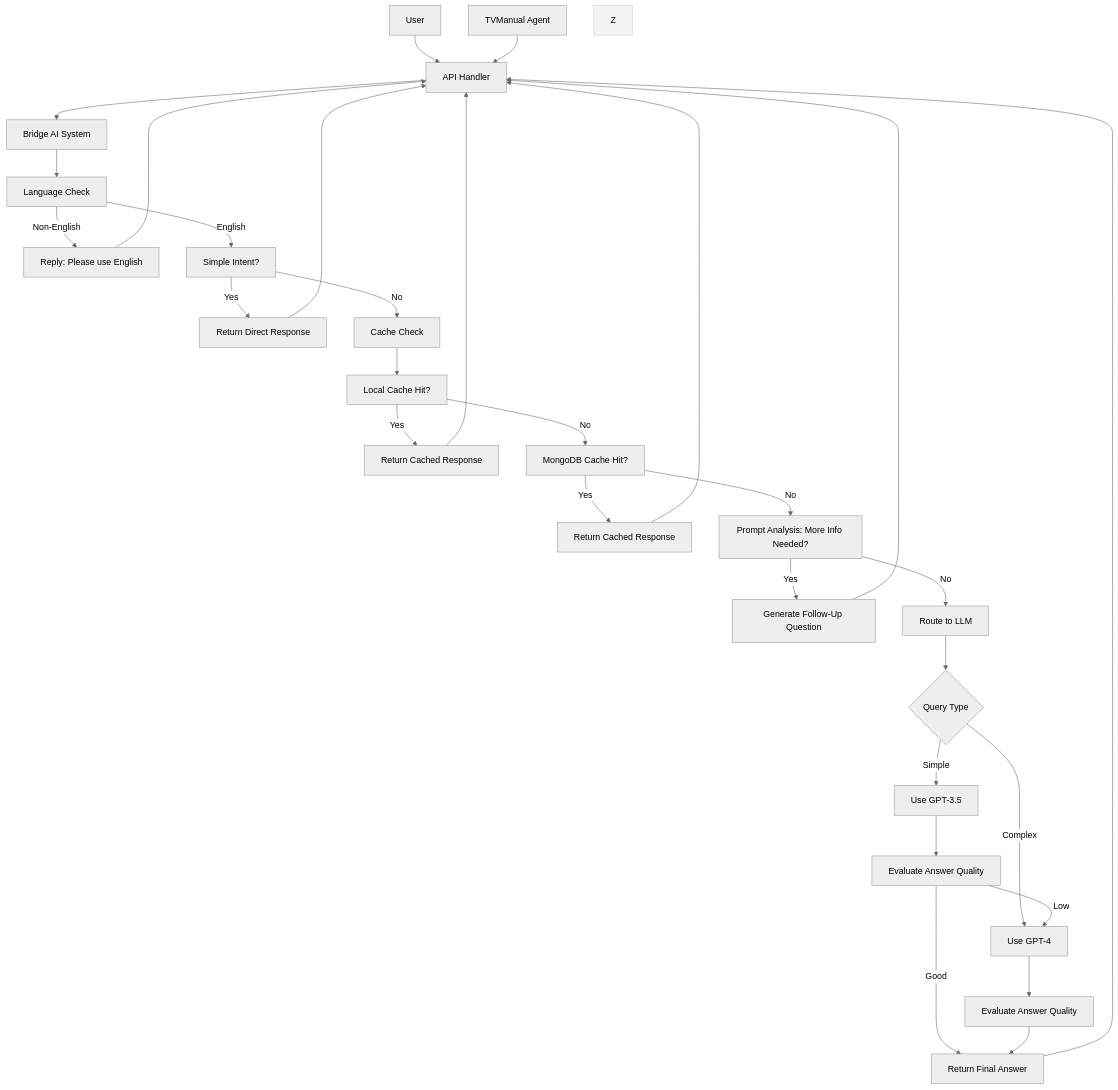
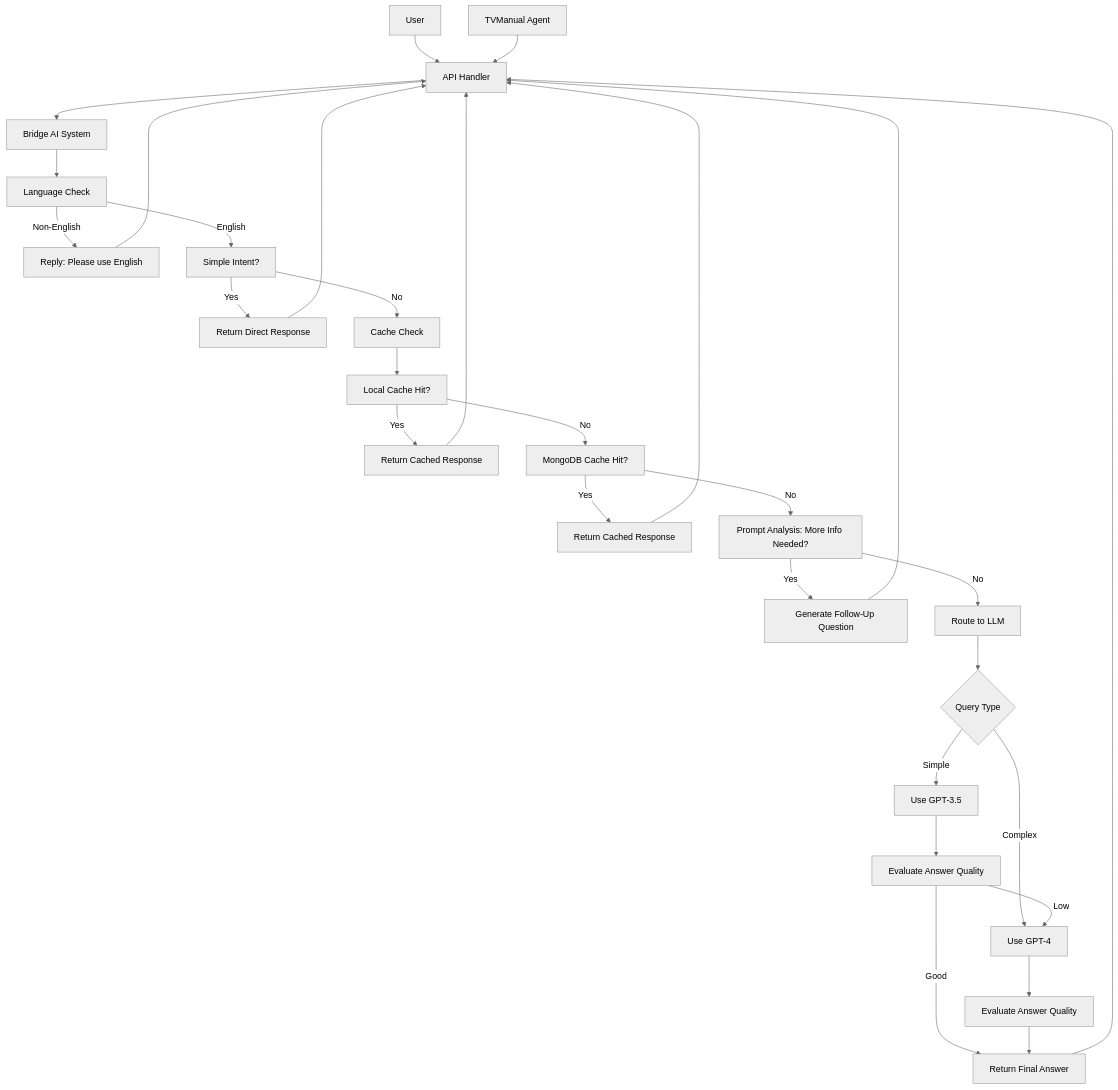
The diagram in llm_bridge/README.md (yana-g/bridge-ai), drawn with Mermaid (neutral theme) before and after one commit.

Commit message:
Update llm_bridge README

````diff
--- a/llm_bridge/README.md
+++ b/llm_bridge/README.md
@@ -42,45 +42,43 @@
 ```mermaid
 flowchart TD
     A1[User]
     A2[TVManual Agent]
 
     A1 --> B[Chat Agent / API Handler]
     A2 --> B[API Handler]
 
     B --> C[Bridge AI System]
 
     C --> D[Language Check]
     D -->|Non-English| D1[Reply: Please use English]
     D -->|English| E[Simple Intent?]
     E -->|Yes| E1[Return Direct Response]
     E -->|No| F[Cache Check]
 
     F --> F1[Local Cache Hit?]
     F1 -->|Yes| F2[Return Cached Response]
     F1 -->|No| F3[MongoDB Cache Hit?]
     F3 -->|Yes| F4[Return Cached Response]
     F3 -->|No| G[Prompt Analysis: More Info Needed?]
 
     G -->|Yes| G1[Generate Follow-Up Question]
     G -->|No| H[Route to LLM]
 
     H --> H1{Query Type}
     H1 -->|Simple| I[Use GPT-3.5]
     H1 -->|Complex| J[Use GPT-4]
 
     I --> I1[Evaluate Answer Quality]
     I1 -->|Low| J
     I1 -->|Good| K[Return Final Answer]
 
     J --> J1[Evaluate Answer Quality]
     J1 --> K
 
     D1 --> B
     E1 --> B
     F2 --> B
     F4 --> B
     G1 --> B
     K --> B
-
-    style Z fill:#f4f4f4,stroke:#ccc
 ```
````
